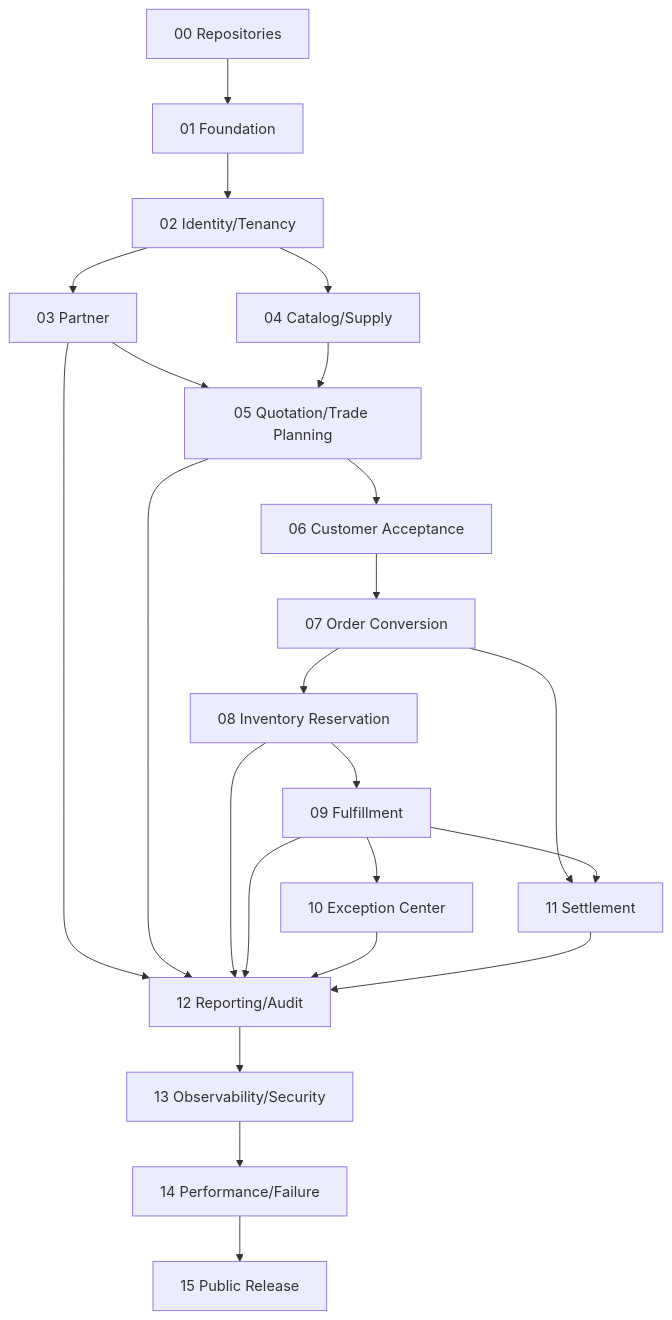
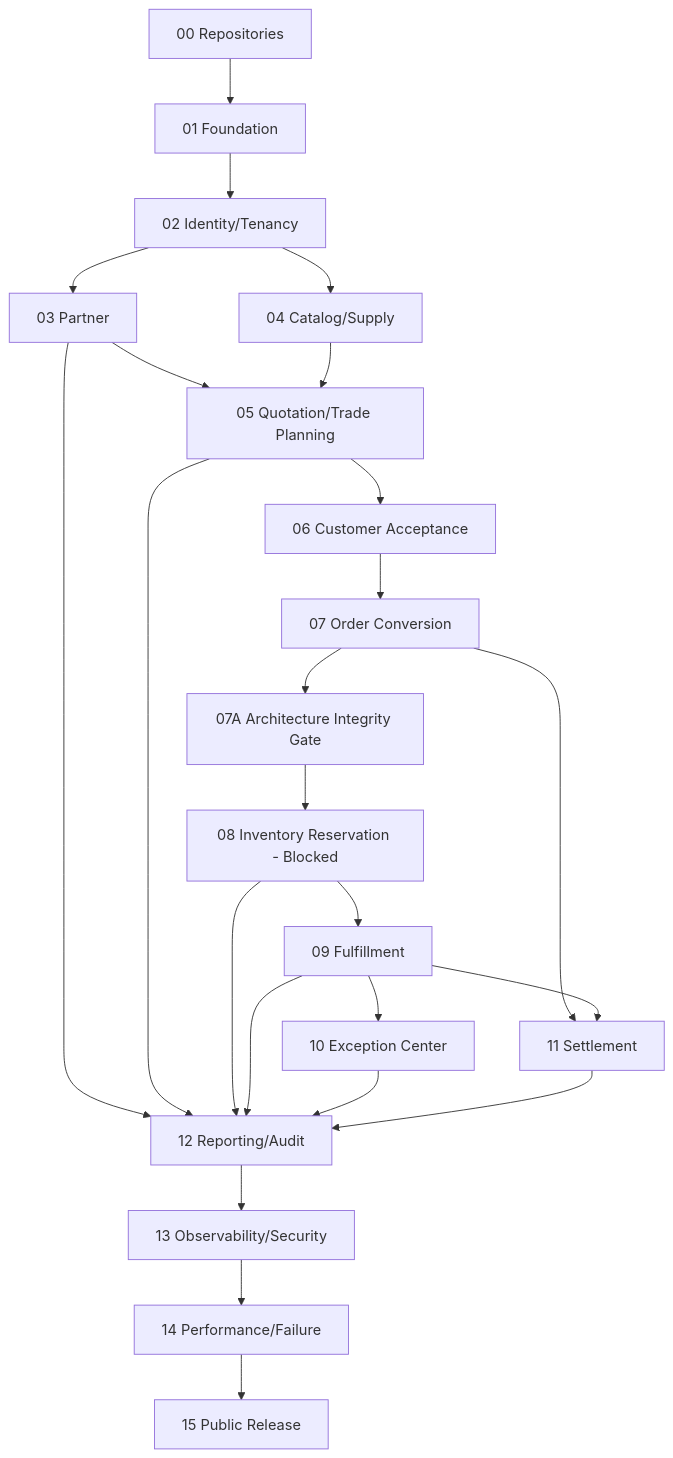
Before and after one commit to RomanticHW/cellarbridge-platform: the diagram in docs/05-delivery/01-work-breakdown-and-dependencies.md, drawn with Mermaid. The commit also changed other lines of this file and 20 other files, not shown here.

````diff
--- a/docs/05-delivery/01-work-breakdown-and-dependencies.md
+++ b/docs/05-delivery/01-work-breakdown-and-dependencies.md
@@ -5,25 +5,26 @@
 ```mermaid
 flowchart TD
   T00[00 Repositories] --> T01[01 Foundation]
   T01 --> T02[02 Identity/Tenancy]
   T02 --> T03[03 Partner]
   T02 --> T04[04 Catalog/Supply]
   T03 --> T05[05 Quotation/Trade Planning]
   T04 --> T05
   T05 --> T06[06 Customer Acceptance]
   T06 --> T07[07 Order Conversion]
-  T07 --> T08[08 Inventory Reservation]
+  T07 --> T07A[07A Architecture Integrity Gate]
+  T07A --> T08[08 Inventory Reservation - Blocked]
   T08 --> T09[09 Fulfillment]
   T09 --> T10[10 Exception Center]
   T07 --> T11[11 Settlement]
   T09 --> T11
   T03 --> T12[12 Reporting/Audit]
   T05 --> T12
   T08 --> T12
   T09 --> T12
   T10 --> T12
   T11 --> T12
   T12 --> T13[13 Observability/Security]
   T13 --> T14[14 Performance/Failure]
   T14 --> T15[15 Public Release]
 ```
````
